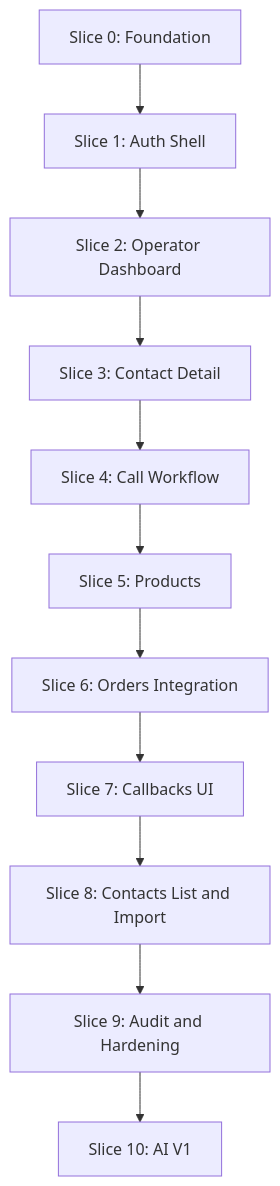
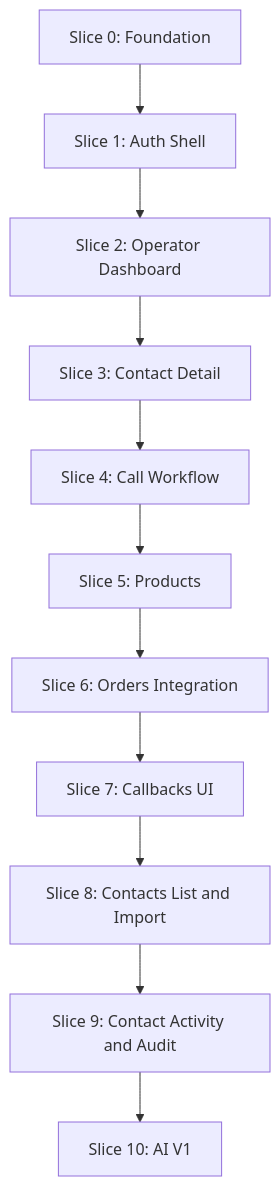
One commit to majkitostudio/velocity-crm changed the diagram in docs/IMPLEMENTATION_SEQUENCE.md. Above: the diagram before and after it, drawn with Mermaid. The commit also changed other lines of this file and 2 other files, not shown here.

Commit message:
docs(contacts): add ADR-009 contact activity and audit model

````diff
--- a/docs/IMPLEMENTATION_SEQUENCE.md
+++ b/docs/IMPLEMENTATION_SEQUENCE.md
@@ -23,13 +23,13 @@
 ```mermaid
 flowchart TD
   S0[Slice 0: Foundation] --> S1[Slice 1: Auth Shell]
   S1 --> S2[Slice 2: Operator Dashboard]
   S2 --> S3[Slice 3: Contact Detail]
   S3 --> S4[Slice 4: Call Workflow]
   S4 --> S5[Slice 5: Products]
   S5 --> S6[Slice 6: Orders Integration]
   S6 --> S7[Slice 7: Callbacks UI]
   S7 --> S8[Slice 8: Contacts List and Import]
-  S8 --> S9[Slice 9: Audit and Hardening]
+  S8 --> S9[Slice 9: Contact Activity and Audit]
   S9 --> S10[Slice 10: AI V1]
 ```
````
